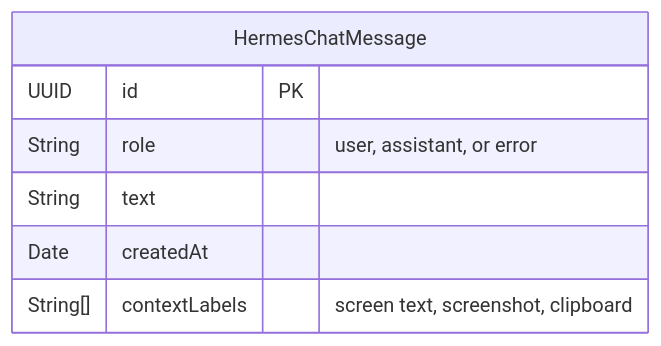
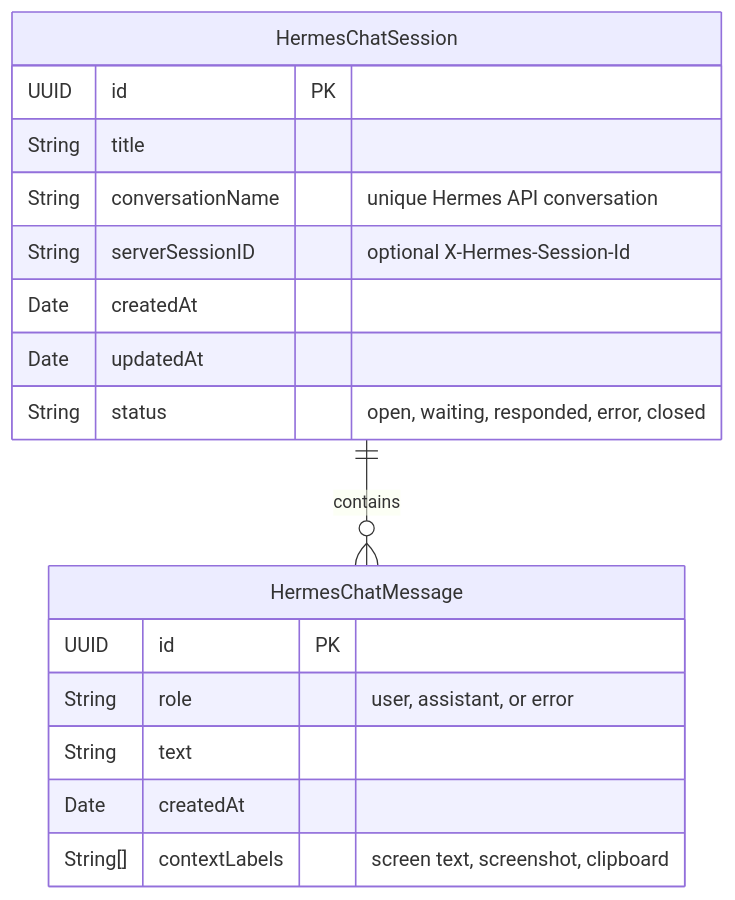
One commit to dkapo88/WonderWhisper-macOS changed the third of 12 diagrams in datamodel.md. Above: the diagram before and after it, drawn with Mermaid. The commit also changed other lines of this file and 13 other files, not shown here.

````diff
--- a/datamodel.md
+++ b/datamodel.md
@@ -132,10 +132,22 @@
 ```mermaid
 erDiagram
+    HermesChatSession ||--o{ HermesChatMessage : "contains"
+
+    HermesChatSession {
+        UUID id PK
+        String title
+        String conversationName "unique Hermes API conversation"
+        String serverSessionID "optional X-Hermes-Session-Id"
+        Date createdAt
+        Date updatedAt
+        String status "open, waiting, responded, error, closed"
+    }
+
     HermesChatMessage {
         UUID id PK
         String role "user, assistant, or error"
         String text
         Date createdAt
         String[] contextLabels "screen text, screenshot, clipboard"
     }
 ```
````
